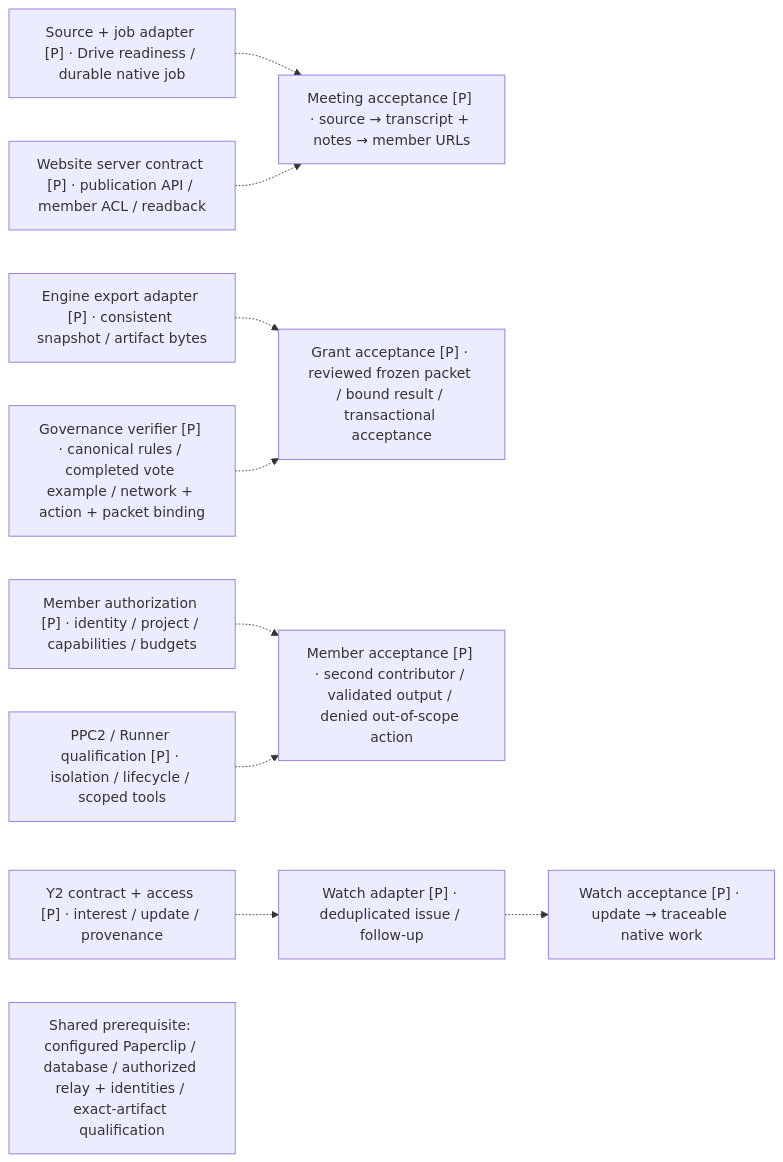
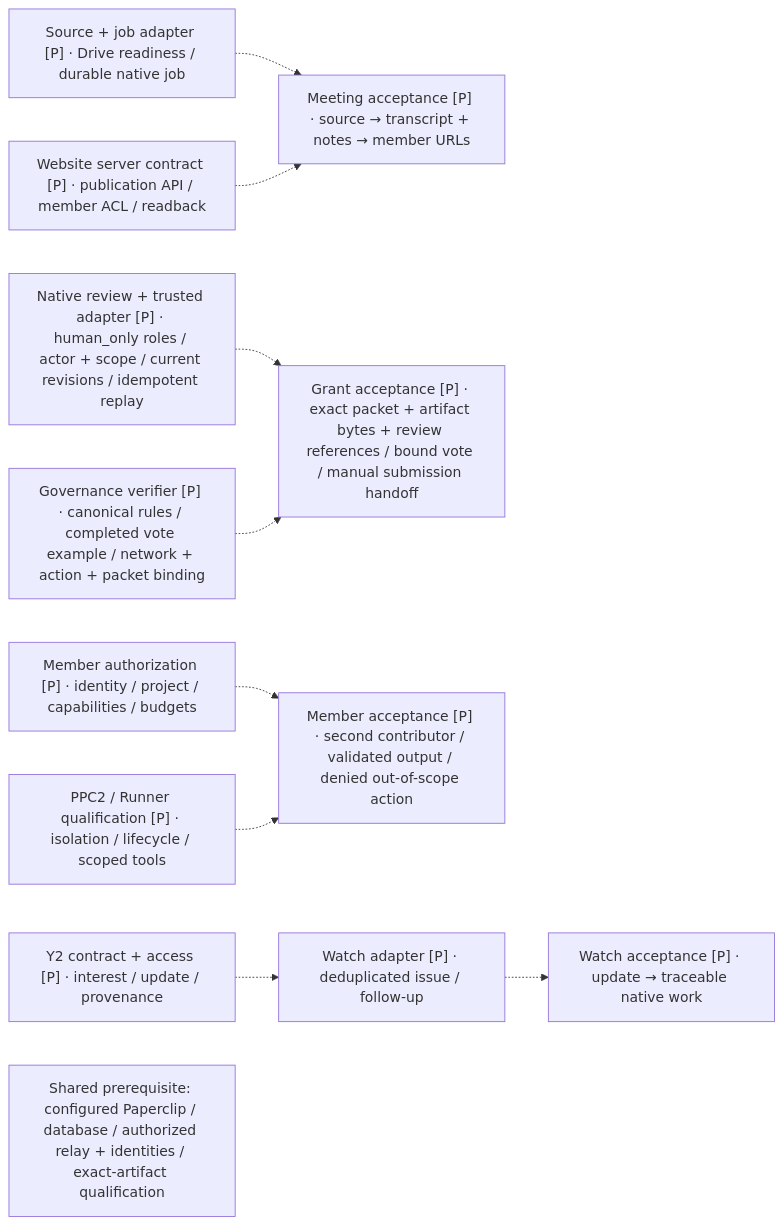
Before and after one commit to NetRxn/Inertia: the diagram in docs/architecture/diagrams/dependency-roadmap.mmd, drawn with Mermaid. The commit also changed 14 other files, not shown here.

Commit message:
docs: clarify native Paperclip grant workflow and human review architecture

```diff
--- a/docs/architecture/diagrams/dependency-roadmap.mmd
+++ b/docs/architecture/diagrams/dependency-roadmap.mmd
@@ -1,22 +1,22 @@
 flowchart LR
  M1["Source + job adapter [P] · Drive readiness / durable native job"]
  M2["Website server contract [P] · publication API / member ACL / readback"]
  M3["Meeting acceptance [P] · source → transcript + notes → member URLs"]
- G1["Engine export adapter [P] · consistent snapshot / artifact bytes"]
+ G1["Native review + trusted adapter [P] · human_only roles / actor + scope / current revisions / idempotent replay"]
  G2["Governance verifier [P] · canonical rules / completed vote example / network + action + packet binding"]
- G3["Grant acceptance [P] · reviewed frozen packet / bound result / transactional acceptance"]
+ G3["Grant acceptance [P] · exact packet + artifact bytes + review references / bound vote / manual submission handoff"]
  C1["Member authorization [P] · identity / project / capabilities / budgets"]
  C2["PPC2 / Runner qualification [P] · isolation / lifecycle / scoped tools"]
  C3["Member acceptance [P] · second contributor / validated output / denied out-of-scope action"]
  Y1["Y2 contract + access [P] · interest / update / provenance"]
  Y2["Watch adapter [P] · deduplicated issue / follow-up"]
  Y3["Watch acceptance [P] · update → traceable native work"]
  M1 -.-> M3
  M2 -.-> M3
  G1 -.-> G3
  G2 -.-> G3
  C1 -.-> C3
  C2 -.-> C3
  Y1 -.-> Y2
  Y2 -.-> Y3
  note["Shared prerequisite: configured Paperclip / database / authorized relay + identities / exact-artifact qualification"]
```
